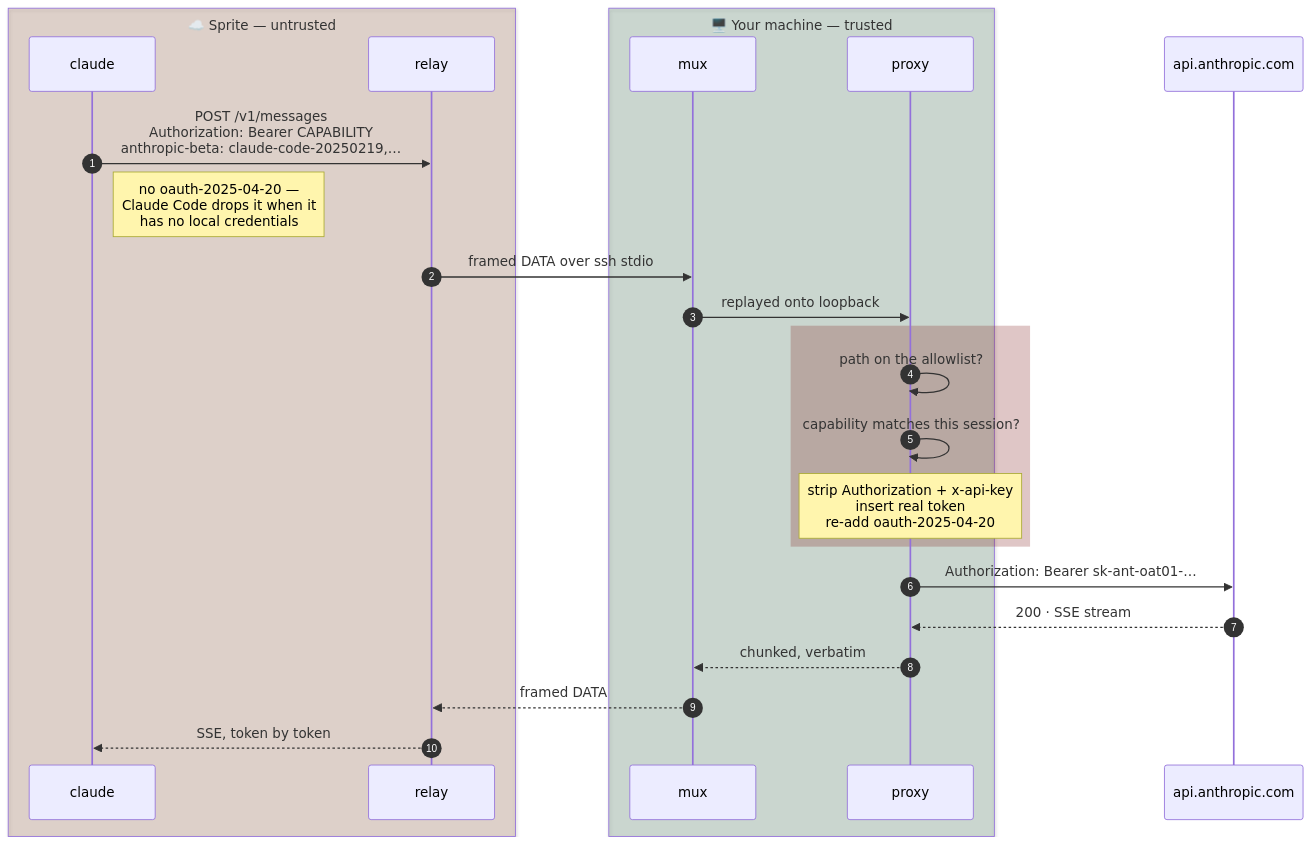
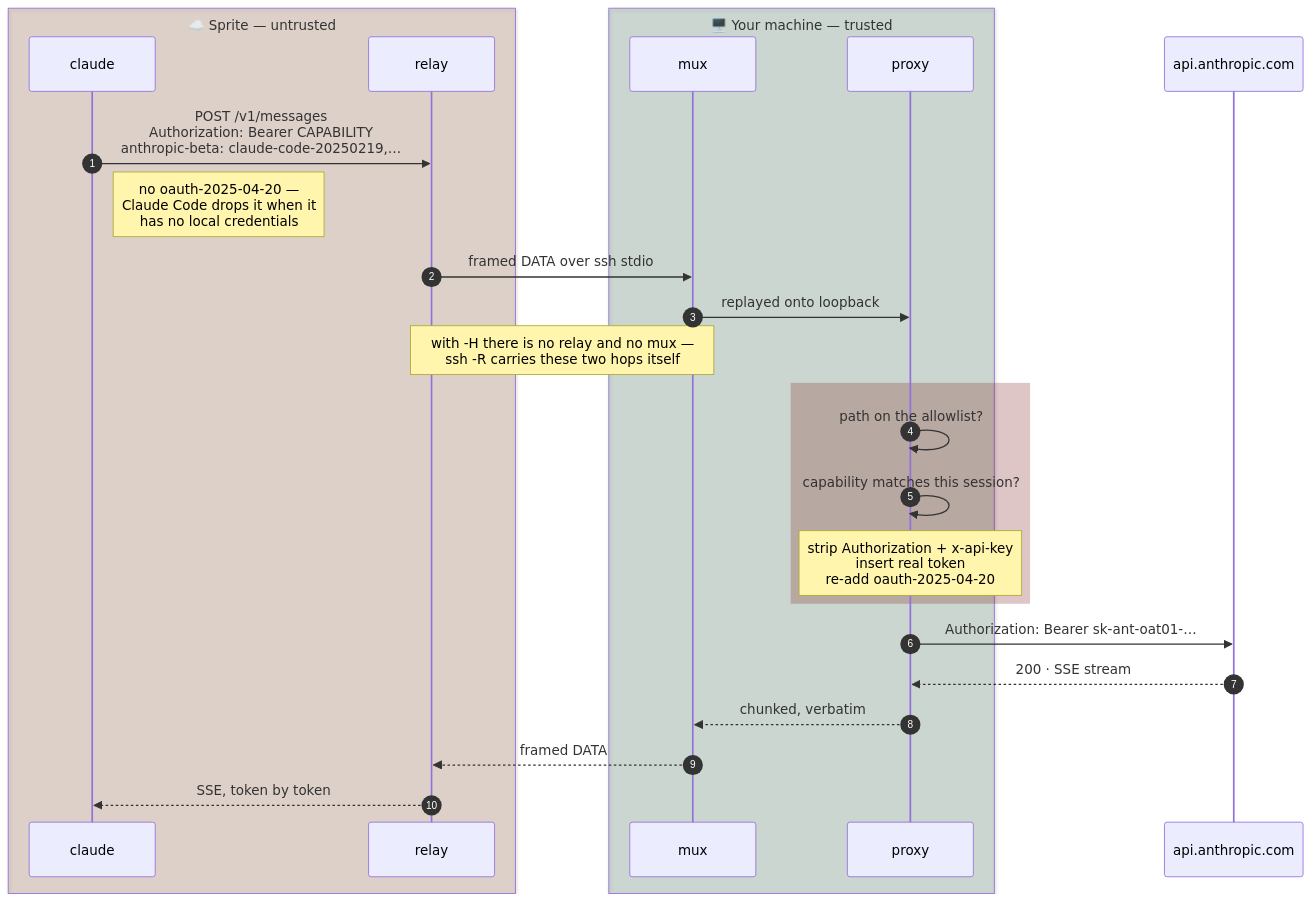
The third of 5 diagrams in README.md (metcalfc/imp), drawn with Mermaid before and after one commit. The commit also changed other lines of this file, not shown here.

First line of the commit message:
Draw the -H transport too, since the diagrams claimed a relay everywhere

````diff
--- a/README.md
+++ b/README.md
@@ -204,30 +238,31 @@
 ```mermaid
 sequenceDiagram
     autonumber
     box rgba(120,53,15,0.18) ☁️ Sprite — untrusted
         participant C as claude
         participant R as relay
     end
     box rgba(20,83,45,0.18) 🖥️ Your machine — trusted
         participant M as mux
         participant P as proxy
     end
     participant A as api.anthropic.com
 
     C->>R: POST /v1/messages<br/>Authorization: Bearer CAPABILITY<br/>anthropic-beta: claude-code-20250219,…
     Note right of C: no oauth-2025-04-20 —<br/>Claude Code drops it when it<br/>has no local credentials
     R->>M: framed DATA over ssh stdio
     M->>P: replayed onto loopback
+    Note over R,M: with -H there is no relay and no mux —<br/>ssh -R carries these two hops itself
 
     rect rgba(127,29,29,0.25)
         P->>P: path on the allowlist?
         P->>P: capability matches this session?
         Note over P: strip Authorization + x-api-key<br/>insert real token<br/>re-add oauth-2025-04-20
     end
 
     P->>A: Authorization: Bearer sk-ant-oat01-…
     A-->>P: 200 · SSE stream
     P-->>M: chunked, verbatim
     M-->>R: framed DATA
     R-->>C: SSE, token by token
 ```
````
